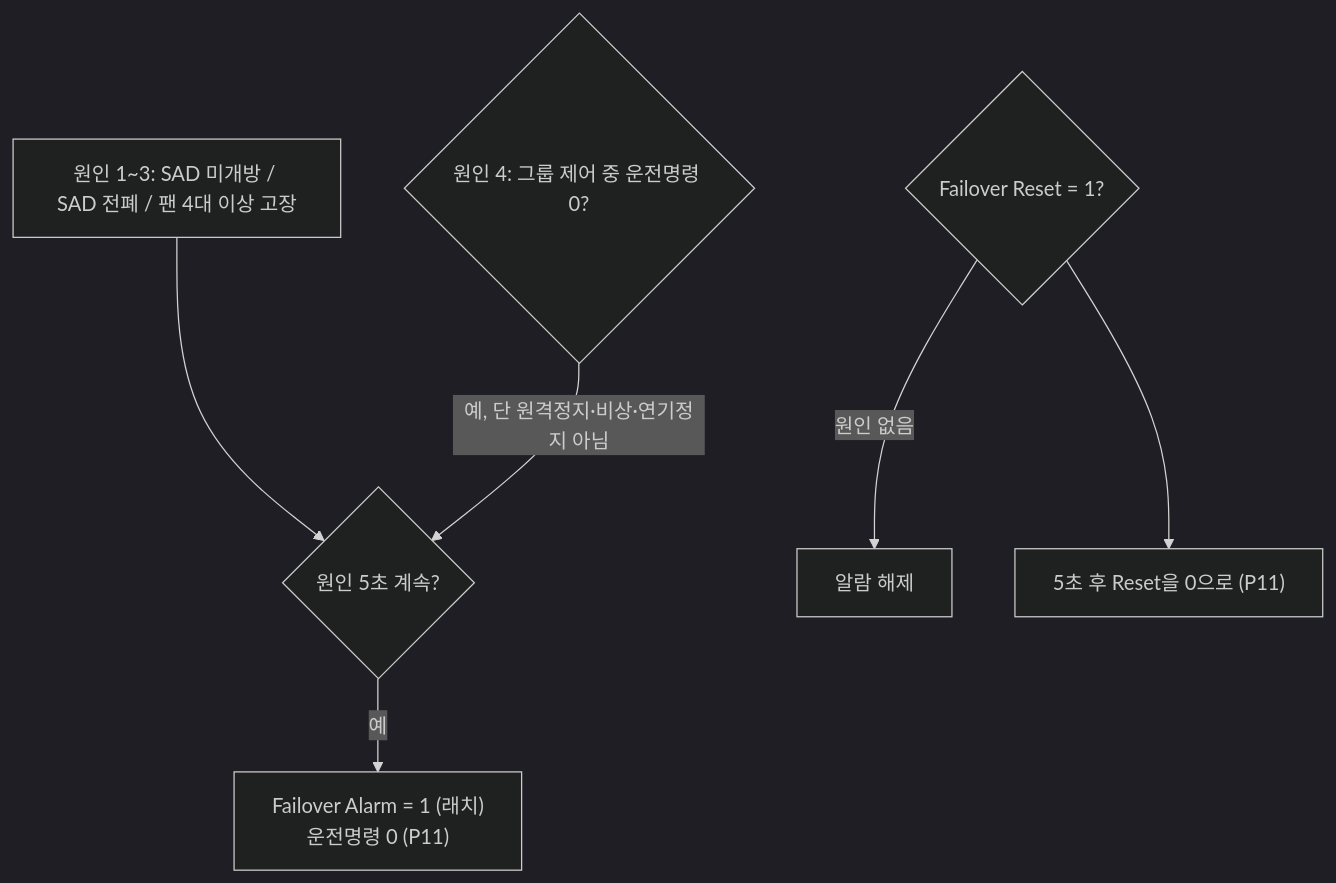
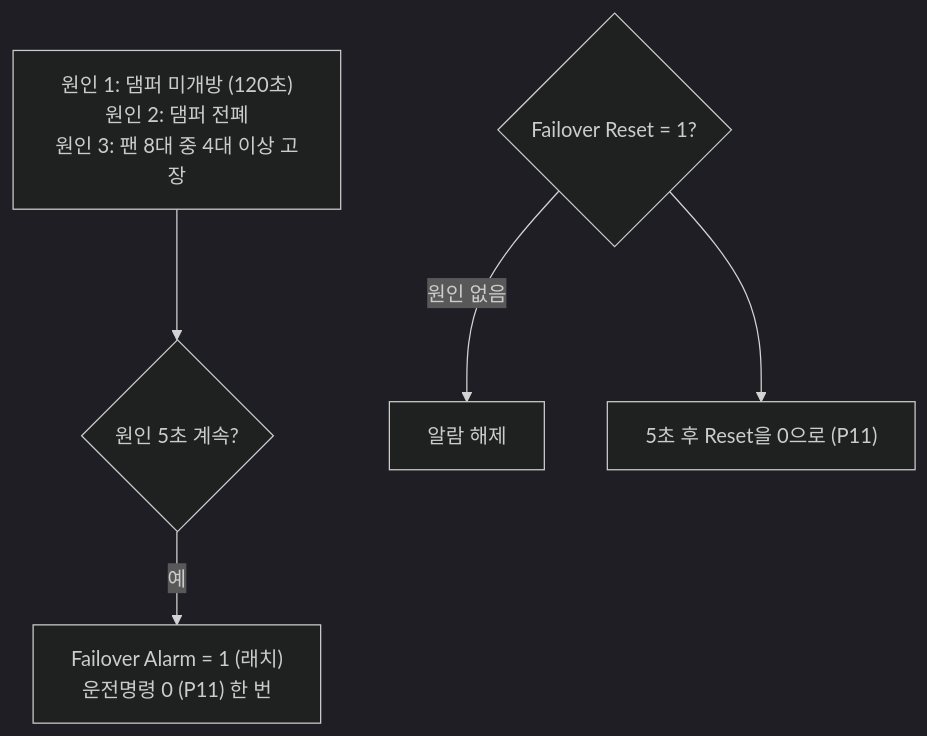
One commit to joo001121-create/FWU-logic changed diagram 12 of 12 in FWU_Logic_초보자_설명서.md. Above: the diagram before and after it, drawn with Mermaid (dark theme). The commit also changed other lines of this file and 7 other files, not shown here.

````diff
--- a/FWU_Logic_초보자_설명서.md
+++ b/FWU_Logic_초보자_설명서.md
@@ -517,8 +507,7 @@
 ```mermaid
 flowchart TD
-    A["원인 1~3: SAD 미개방 / SAD 전폐 / 팬 4대 이상 고장"] --> T
-    B{"원인 4: 그룹 제어 중 운전명령 0?"} -->|"예, 단 원격정지·비상·연기정지 아님"| T{"원인 5초 계속?"}
-    T -->|"예"| F["Failover Alarm = 1 (래치)<br/>운전명령 0 (P11)"]
+    A["원인 1: 댐퍼 미개방 (120초)<br/>원인 2: 댐퍼 전폐<br/>원인 3: 팬 8대 중 4대 이상 고장"] --> T{"원인 5초 계속?"}
+    T -->|"예"| F["Failover Alarm = 1 (래치)<br/>운전명령 0 (P11) 한 번"]
     R{"Failover Reset = 1?"} -->|"원인 없음"| R1["알람 해제"]
     R --> R2["5초 후 Reset을 0으로 (P11)"]
 ```
````
